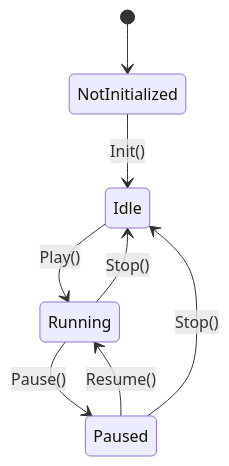
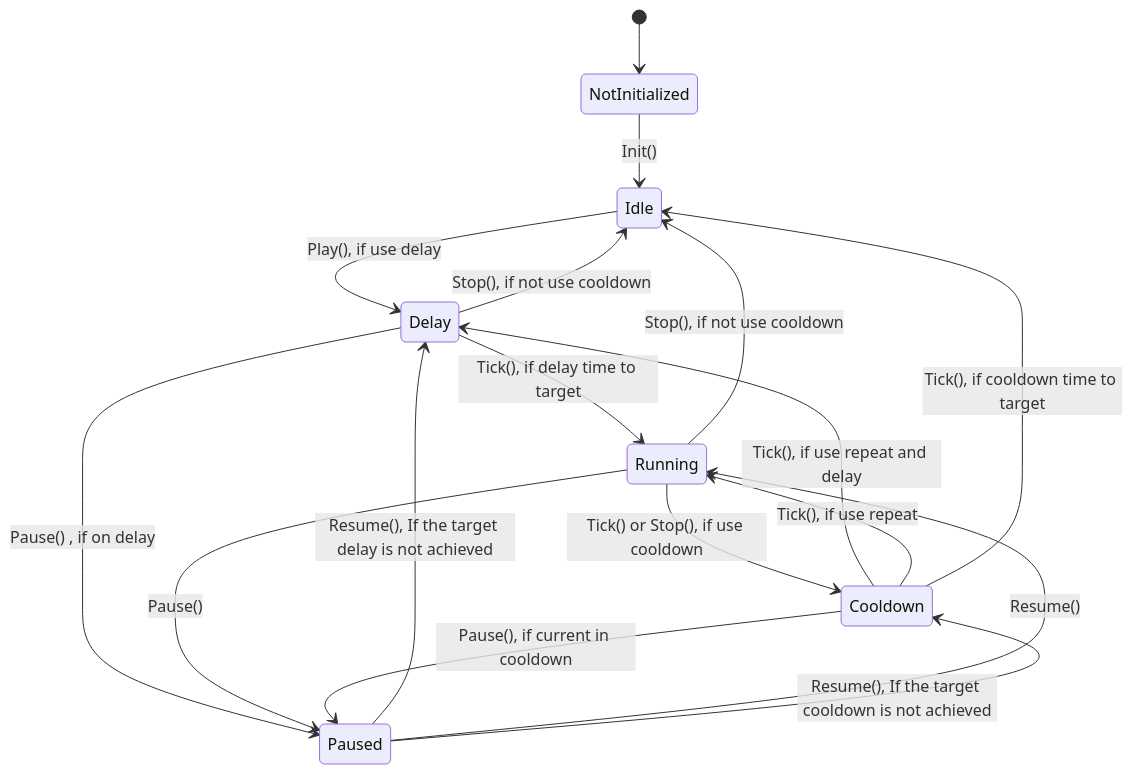
One commit to Bigotry0/GameFeedbackCrafter changed the second of 2 diagrams in doc/GameFeedbackCore.md. Above: the diagram before and after it, drawn with Mermaid. The commit also changed other lines of this file and 12 other files, not shown here.

````diff
--- a/doc/GameFeedbackCore.md
+++ b/doc/GameFeedbackCore.md
@@ -128,13 +136,33 @@
 ```mermaid
-stateDiagram-v2
-[*] --> NotInitialized
-NotInitialized --> Idle : Init()
+---
+config:
+  layout: elk
+  look: neo
+  theme: default
+---
 
-Idle --> Running : Play()
-Running --> Idle : Stop()
+stateDiagram
+  direction TB
+  [*] --> NotInitialized
 
-Running --> Paused : Pause()
-Paused --> Running : Resume()
+  NotInitialized --> Idle:Init()
 
-Paused --> Idle : Stop()
+  Idle --> Delay:Play(), if use delay
+
+  Delay --> Idle:Stop(), if not use cooldown
+  Delay --> Running:Tick(), if delay time to target
+  Delay --> Paused:Pause() , if on delay
+
+  Running --> Idle:Stop(), if not use cooldown
+  Running --> Cooldown:Tick() or Stop(), if use cooldown
+  Running --> Paused:Pause()
+
+  Paused --> Delay:Resume(), If the target delay is not achieved
+  Paused --> Running:Resume()
+  Paused --> Cooldown:Resume(), If the target cooldown is not achieved
+
+  Cooldown --> Paused:Pause(), if current in cooldown
+  Cooldown --> Delay:Tick(), if use repeat and delay
+  Cooldown --> Running:Tick(), if use repeat
+  Cooldown --> Idle:Tick(), if cooldown time to target
 ```
````
